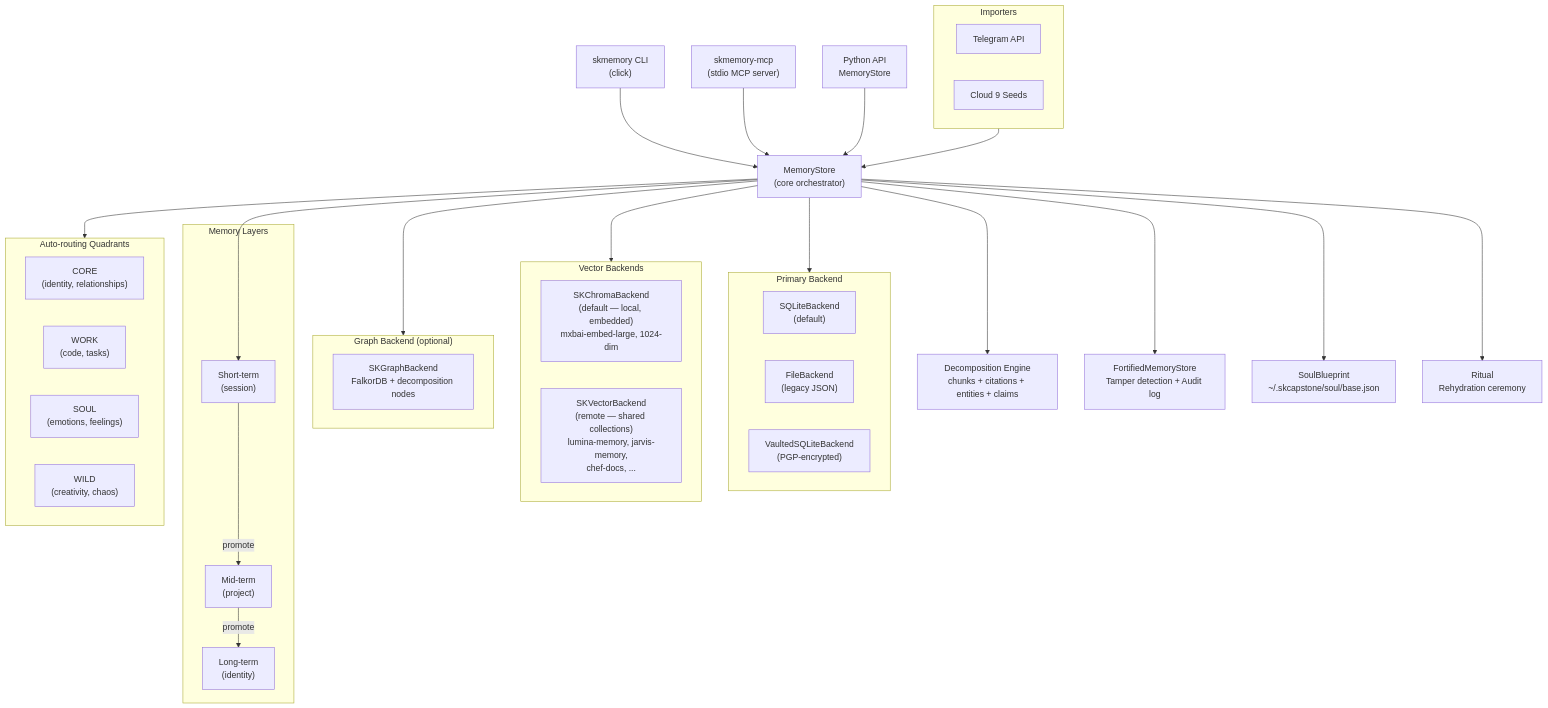
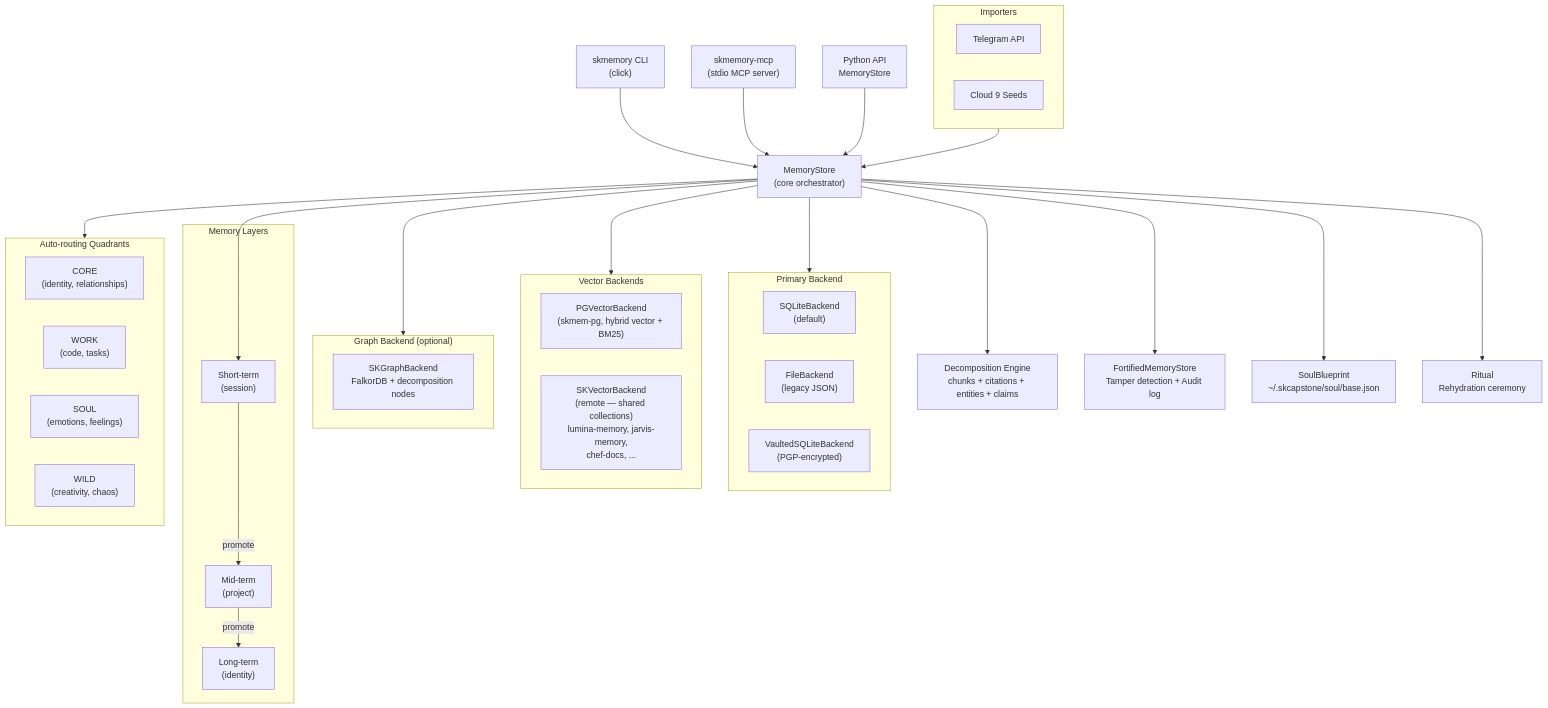
One commit to smilinTux/skmemory changed the first of 2 diagrams in README.md. Above: the diagram before and after it, drawn with Mermaid. The commit also changed other lines of this file and 32 other files, not shown here.

First line of the commit message:
chore(chroma): retire ChromaDB for good (SKMEM-P5-01)

````diff
--- a/README.md
+++ b/README.md
@@ -152,62 +152,62 @@
 ```mermaid
 flowchart TD
     CLI["skmemory CLI\n(click)"]
     MCP["skmemory-mcp\n(stdio MCP server)"]
     API["Python API\nMemoryStore"]
 
     CLI --> Store
     MCP --> Store
     API --> Store
 
     Store["MemoryStore\n(core orchestrator)"]
 
     Store --> Decompose["Decomposition Engine\nchunks + citations + entities + claims"]
     Store --> Primary
     Store --> Vector
     Store --> Graph
 
     subgraph Primary["Primary Backend"]
         SQLite["SQLiteBackend\n(default)"]
         File["FileBackend\n(legacy JSON)"]
         Vaulted["VaultedSQLiteBackend\n(PGP-encrypted)"]
     end
 
     subgraph Vector["Vector Backends"]
-        Chroma["SKChromaBackend\n(default — local, embedded)\nmxbai-embed-large, 1024-dim"]
+        PG["PGVectorBackend\n(skmem-pg, hybrid vector + BM25)"]
         Qdrant["SKVectorBackend\n(remote — shared collections)\nlumina-memory, jarvis-memory,\nchef-docs, ..."]
     end
 
     subgraph Graph["Graph Backend (optional)"]
         FalkorDB["SKGraphBackend\nFalkorDB + decomposition nodes"]
     end
 
     Store --> Fortress["FortifiedMemoryStore\nTamper detection + Audit log"]
     Store --> Soul["SoulBlueprint\n~/.skcapstone/soul/base.json"]
     Store --> Ritual["Ritual\nRehydration ceremony"]
 
     subgraph Layers["Memory Layers"]
         Short["Short-term\n(session)"]
         Mid["Mid-term\n(project)"]
         Long["Long-term\n(identity)"]
     end
 
     Store --> Short
     Short -->|promote| Mid
     Mid -->|promote| Long
 
     subgraph Quadrants["Auto-routing Quadrants"]
         CORE["CORE\n(identity, relationships)"]
         WORK["WORK\n(code, tasks)"]
         SOUL["SOUL\n(emotions, feelings)"]
         WILD["WILD\n(creativity, chaos)"]
     end
 
     Store --> Quadrants
 
     subgraph Importers["Importers"]
         Telegram["Telegram API"]
         Seeds["Cloud 9 Seeds"]
     end
 
     Importers --> Store
 ```
````
